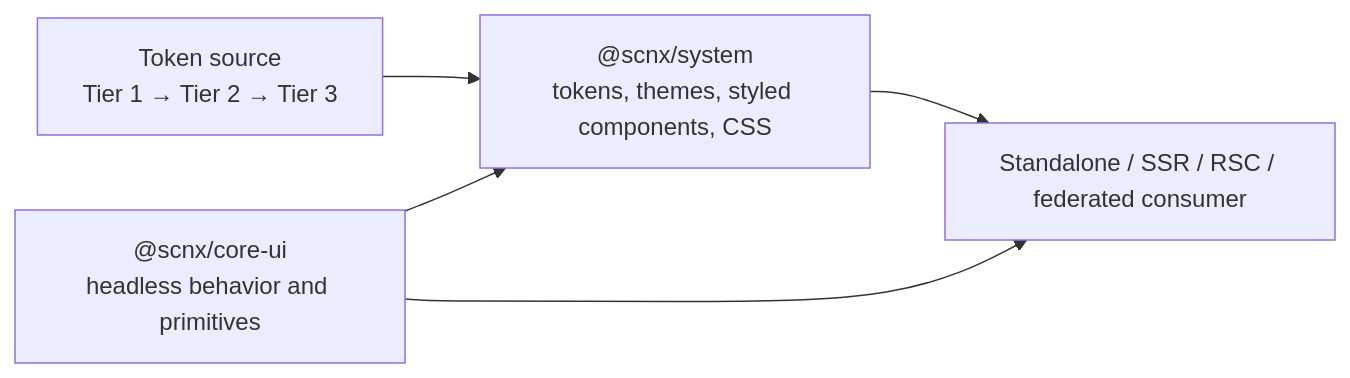
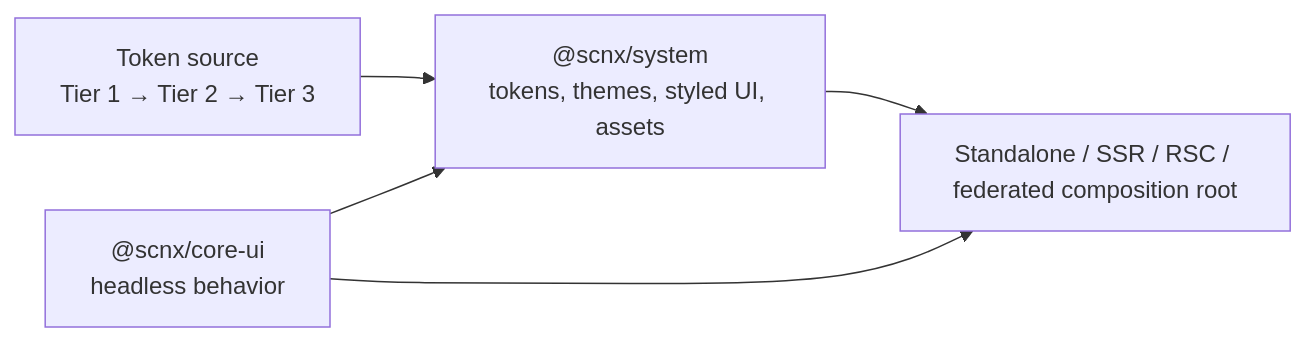
The diagram in 04-system/scnehaux-ui-platform/scnehaux-ui-platform.sad.md (anshacerbia2/scnehaux-architecture), drawn with Mermaid before and after one commit. The commit also changed other lines of this file and 35 other files, not shown here.

````diff
--- a/04-system/scnehaux-ui-platform/scnehaux-ui-platform.sad.md
+++ b/04-system/scnehaux-ui-platform/scnehaux-ui-platform.sad.md
@@ -42,11 +59,11 @@
 ```mermaid
 graph LR
-  Core["@scnx/core-ui<br/>headless behavior and primitives"]
-  System["@scnx/system<br/>tokens, themes, styled components, CSS"]
-  Source["Token source<br/>Tier 1 → Tier 2 → Tier 3"]
-  Consumer["Standalone / SSR / RSC / federated consumer"]
-  Source --> System
+  Tokens["Token source<br/>Tier 1 → Tier 2 → Tier 3"]
+  Core["@scnx/core-ui<br/>headless behavior"]
+  System["@scnx/system<br/>tokens, themes, styled UI, assets"]
+  Host["Standalone / SSR / RSC / federated composition root"]
+  Tokens --> System
   Core --> System
-  System --> Consumer
-  Core --> Consumer
+  Core --> Host
+  System --> Host
 ```
````
